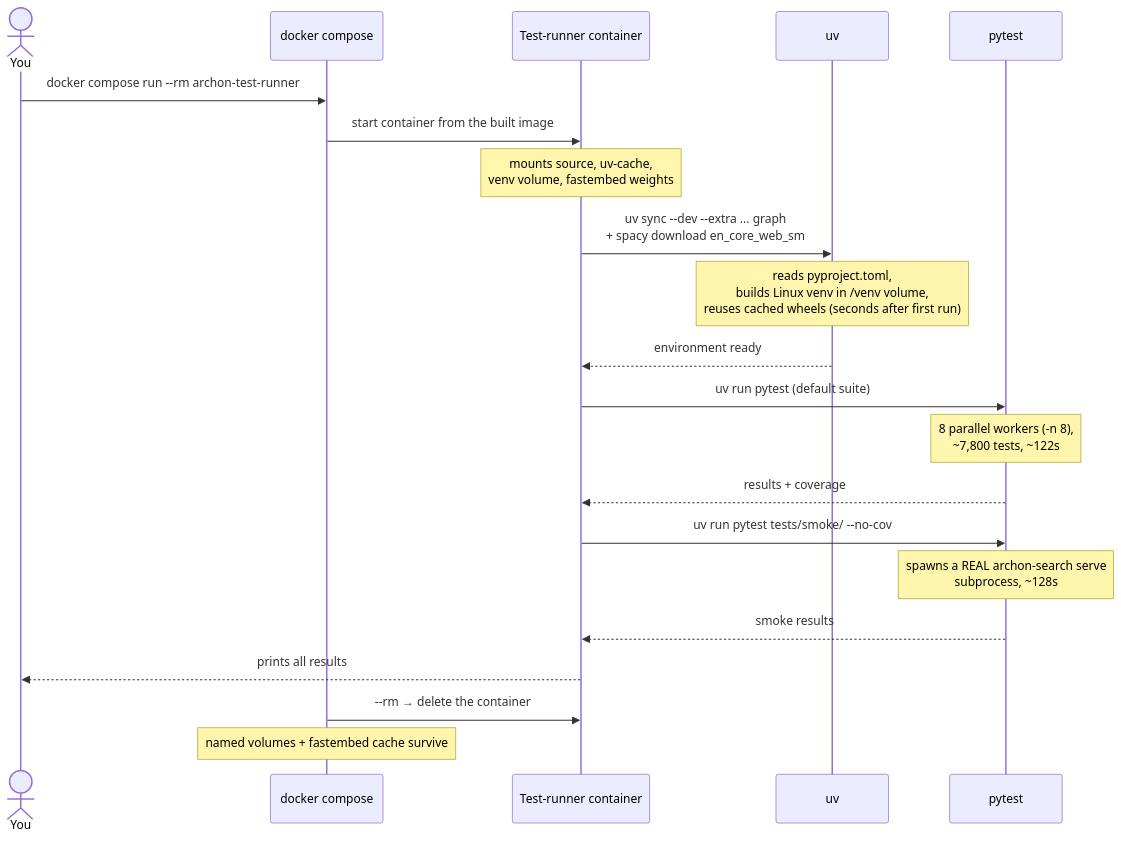
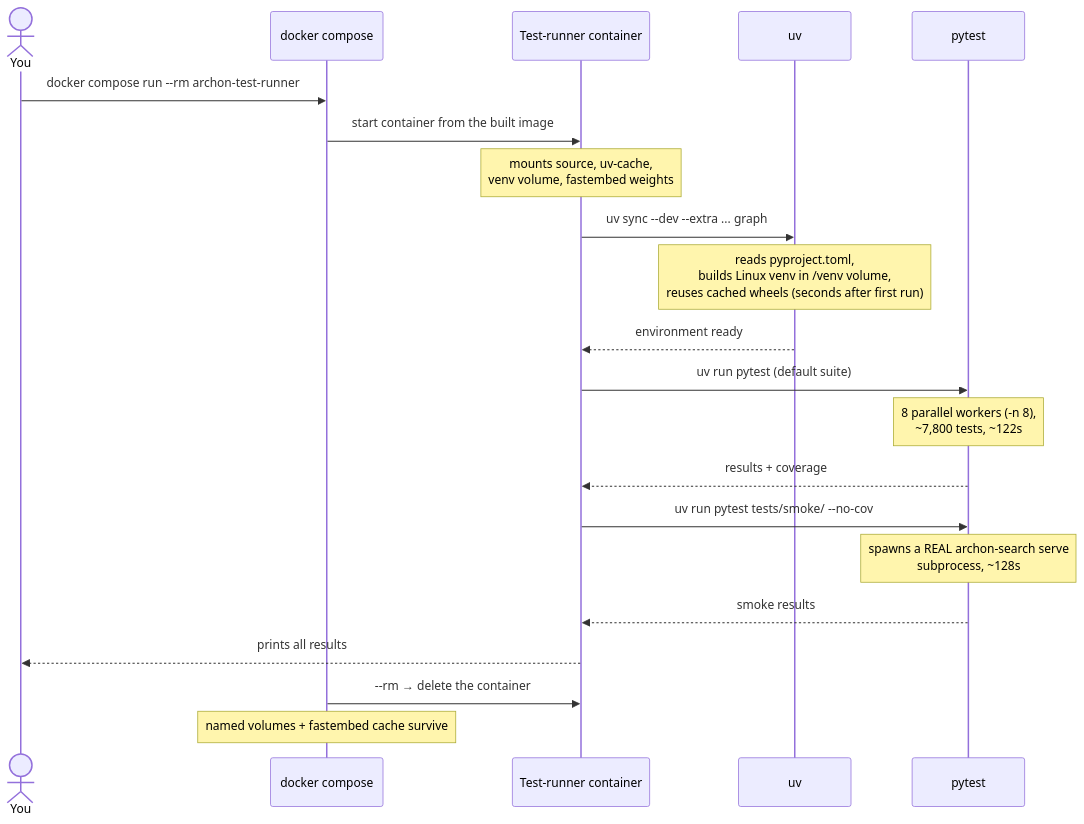
One commit to user538295/archon-search changed the second of 3 diagrams in Documentation/docker-test-runner.md. Above: the diagram before and after it, drawn with Mermaid. The commit also changed other lines of this file and 42 other files, not shown here.

````diff
--- a/Documentation/docker-test-runner.md
+++ b/Documentation/docker-test-runner.md
@@ -249,24 +252,24 @@
 ```mermaid
 sequenceDiagram
     actor You
     participant Compose as docker compose
     participant Container as Test-runner container
     participant UV as uv
     participant Pytest as pytest
 
     You->>Compose: docker compose run --rm archon-test-runner
     Compose->>Container: start container from the built image
     Note over Container: mounts source, uv-cache,<br/>venv volume, fastembed weights
-    Container->>UV: uv sync --dev --extra ... graph<br/>+ spacy download en_core_web_sm
+    Container->>UV: uv sync --dev --extra ... graph
     Note over UV: reads pyproject.toml,<br/>builds Linux venv in /venv volume,<br/>reuses cached wheels (seconds after first run)
     UV-->>Container: environment ready
     Container->>Pytest: uv run pytest  (default suite)
     Note over Pytest: 8 parallel workers (-n 8),<br/>~7,800 tests, ~122s
     Pytest-->>Container: results + coverage
     Container->>Pytest: uv run pytest tests/smoke/ --no-cov
     Note over Pytest: spawns a REAL archon-search serve<br/>subprocess, ~128s
     Pytest-->>Container: smoke results
     Container-->>You: prints all results
     Compose->>Container: --rm → delete the container
     Note over Compose: named volumes + fastembed cache survive
 ```
````
